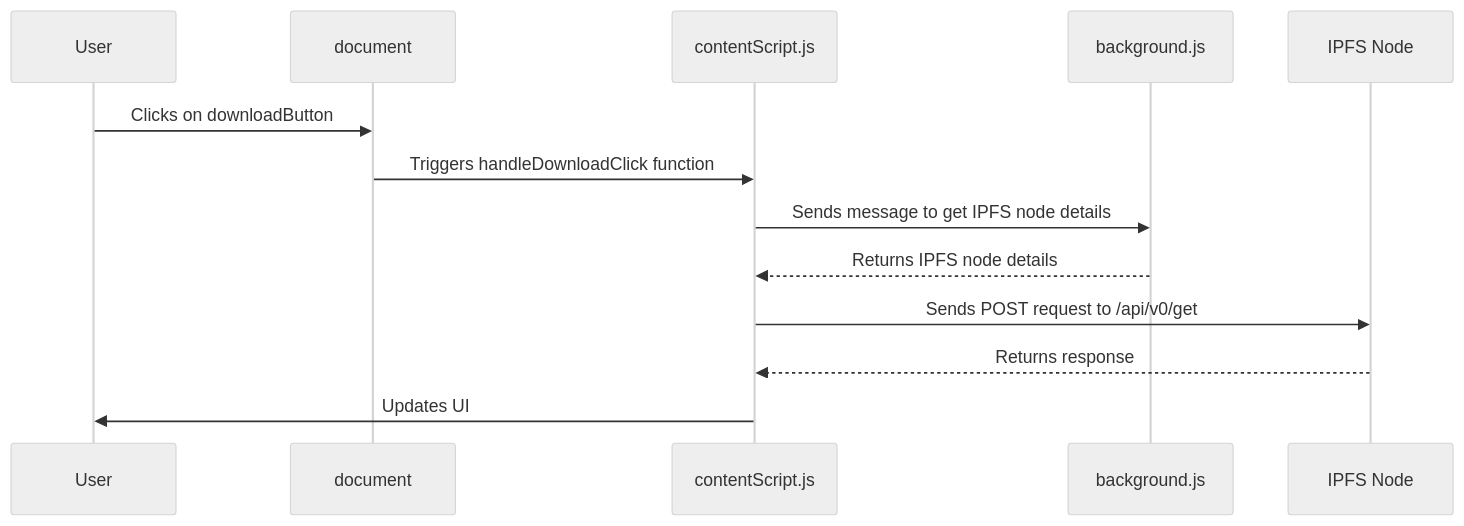
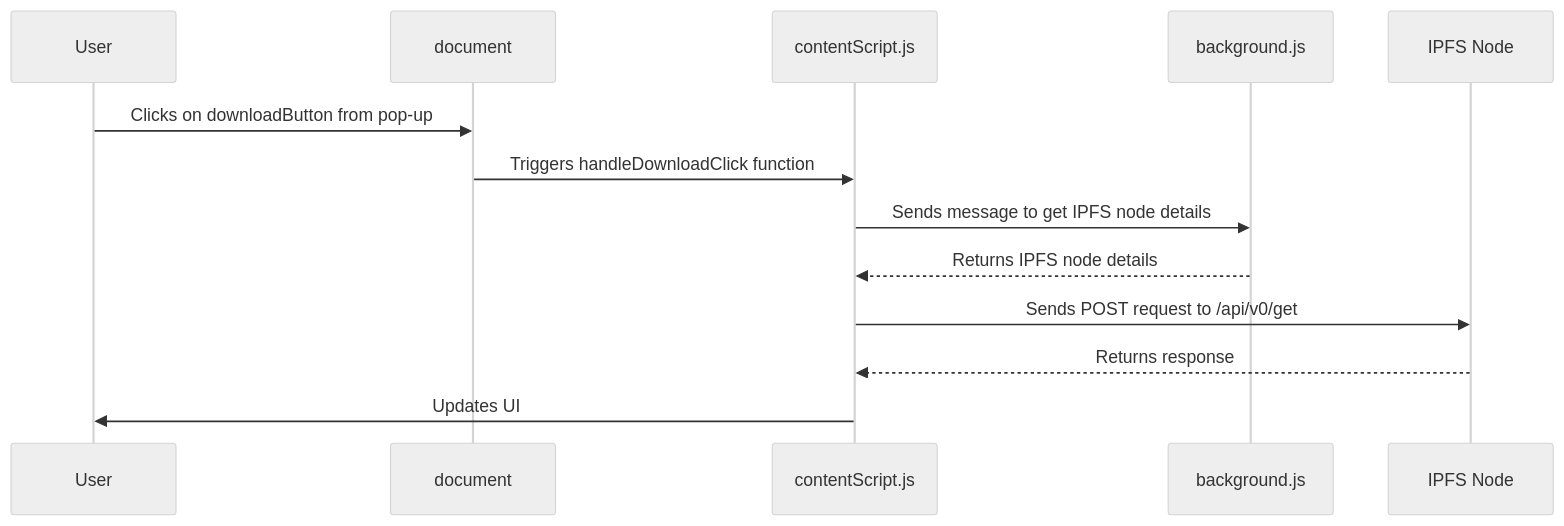
One commit to easierdata/web3-geo-extension changed the sixth of 13 diagrams in docs/diagram.md. Above: the diagram before and after it, drawn with Mermaid (neutral theme). The commit also changed other lines of this file, not shown here.

Commit message:
Updated diagram with more details on the events in script.js

````diff
--- a/docs/diagram.md
+++ b/docs/diagram.md
@@ -157,15 +157,15 @@
 ```mermaid
 sequenceDiagram
     participant User
     participant Document as document
     participant ContentScript as contentScript.js
     participant BackgroundScript as background.js
     participant IPFS as IPFS Node
-    User->>Document: Clicks on downloadButton
+    User->>Document: Clicks on downloadButton from pop-up
     Document->>ContentScript: Triggers handleDownloadClick function
     ContentScript->>BackgroundScript: Sends message to get IPFS node details
     BackgroundScript-->>ContentScript: Returns IPFS node details
     ContentScript->>IPFS: Sends POST request to /api/v0/get
     IPFS-->>ContentScript: Returns response
     ContentScript->>User: Updates UI
 ```
````
